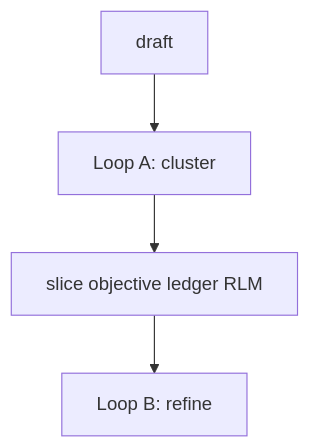
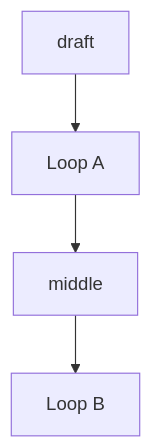
One commit to xynova/cursor-packs changed the second of 2 diagrams in skills/explain-implementation/SKILL.md. Above: the diagram before and after it, drawn with Mermaid. The commit also changed other lines of this file and 9 other files, not shown here.

````diff
--- a/skills/explain-implementation/SKILL.md
+++ b/skills/explain-implementation/SKILL.md
@@ -149,6 +149,6 @@
 ```mermaid
 flowchart TD
-  draft --> clusterLoop[Loop A: cluster]
-  clusterLoop --> ledger[slice objective ledger RLM]
-  ledger --> refineLoop[Loop B: refine]
+  draft --> loopA[Loop A]
+  loopA --> middle[middle]
+  middle --> loopB[Loop B]
 ```
````
